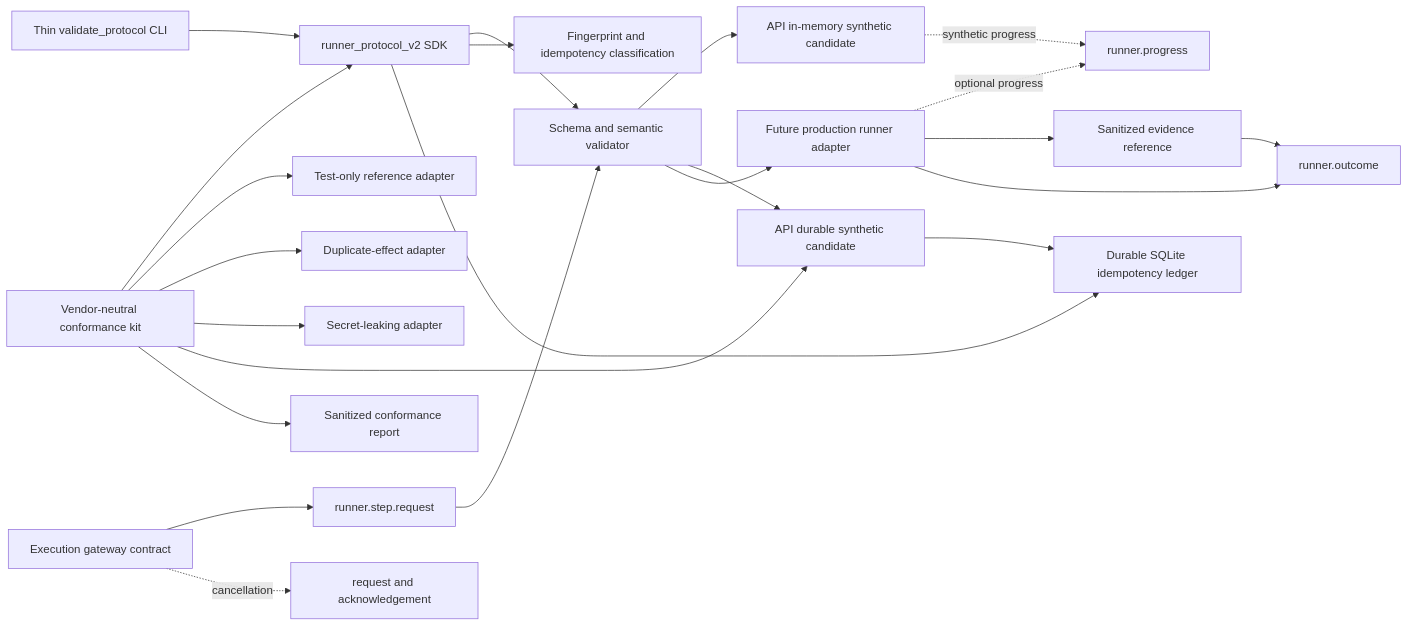
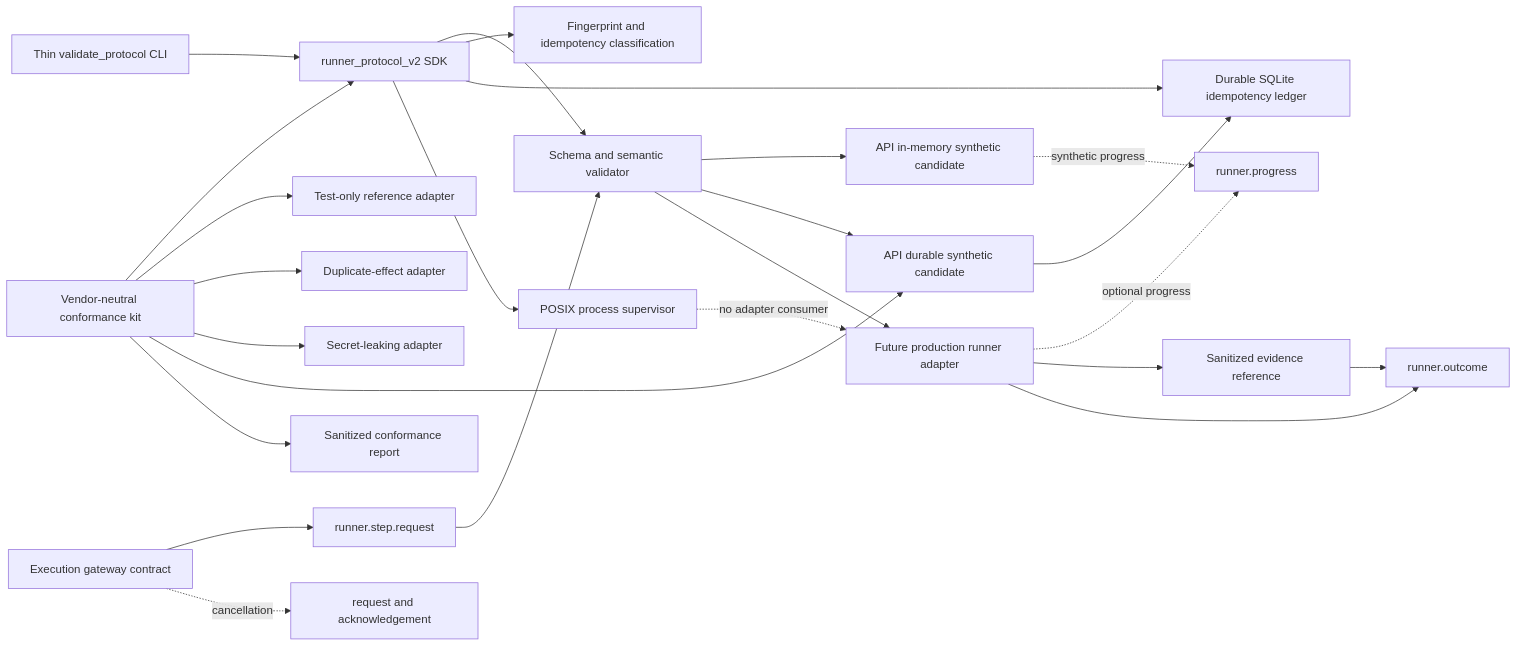
One commit to pestoura/hermes-security-labs changed the second of 2 diagrams in docs/roadmap/epics/EPIC-05-runner-protocol-v2.md. Above: the diagram before and after it, drawn with Mermaid. The commit also changed other lines of this file and 5 other files, not shown here.

````diff
--- a/docs/roadmap/epics/EPIC-05-runner-protocol-v2.md
+++ b/docs/roadmap/epics/EPIC-05-runner-protocol-v2.md
@@ -388,25 +393,27 @@
 ```mermaid
 flowchart LR
   SDK[runner_protocol_v2 SDK] --> VAL[Schema and semantic validator]
   SDK --> IDEM[Fingerprint and idempotency classification]
   SDK --> LEDGER[Durable SQLite idempotency ledger]
+  SDK --> SUP[POSIX process supervisor]
   CLI[Thin validate_protocol CLI] --> SDK
   KIT[Vendor-neutral conformance kit] --> SDK
   GW[Execution gateway contract] --> REQ[runner.step.request]
   REQ --> VAL
   VAL --> API[API in-memory synthetic candidate]
   VAL --> DAPI[API durable synthetic candidate]
   DAPI --> LEDGER
   VAL --> RUN[Future production runner adapter]
+  SUP -. no adapter consumer .-> RUN
   API -. synthetic progress .-> PROG[runner.progress]
   RUN -. optional progress .-> PROG
   GW -. cancellation .-> CANCEL[request and acknowledgement]
   RUN --> EV[Sanitized evidence reference]
   RUN --> OUT[runner.outcome]
   EV --> OUT
   KIT --> REF[Test-only reference adapter]
   KIT --> BAD1[Duplicate-effect adapter]
   KIT --> BAD2[Secret-leaking adapter]
   KIT --> DAPI
   KIT --> REPORT[Sanitized conformance report]
 ```
````
